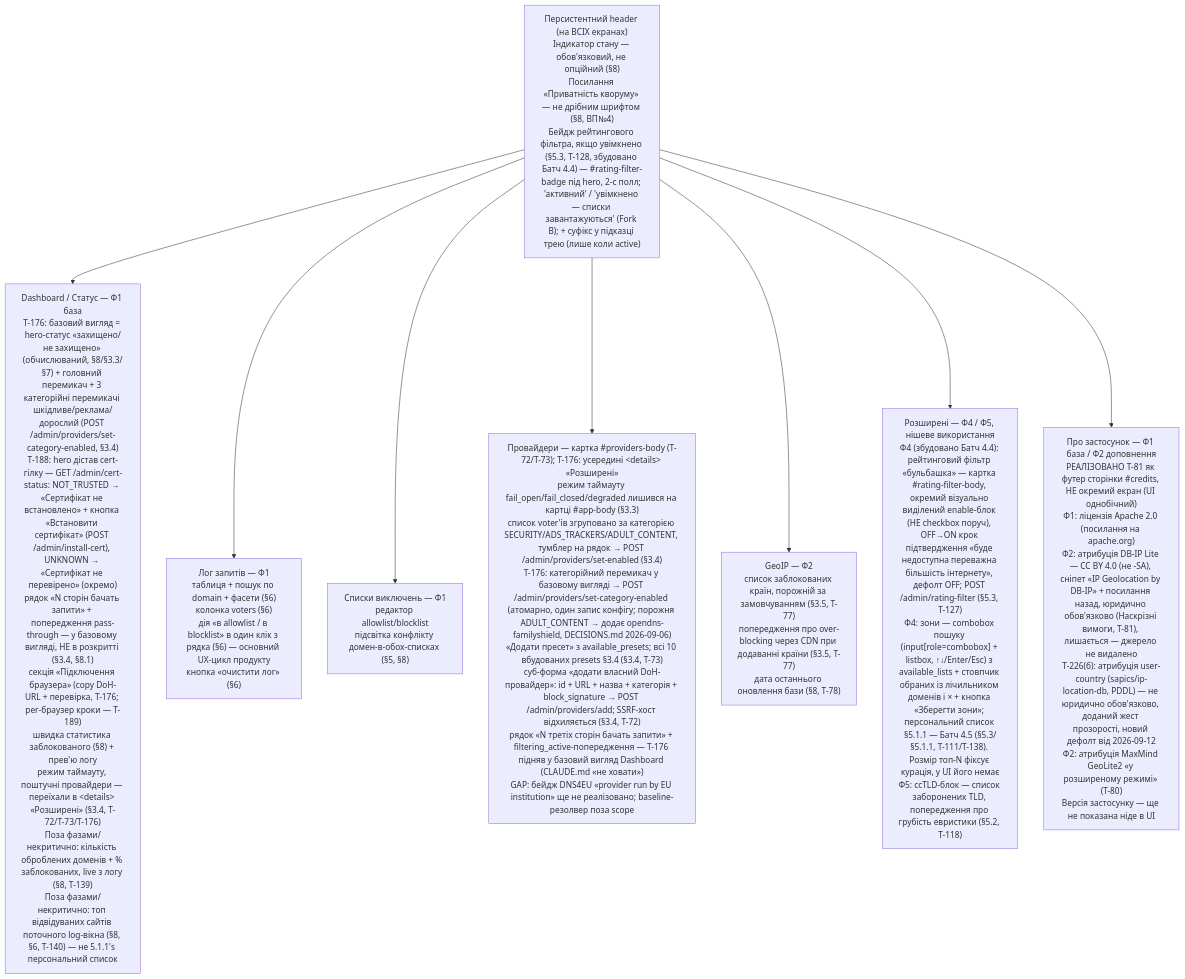
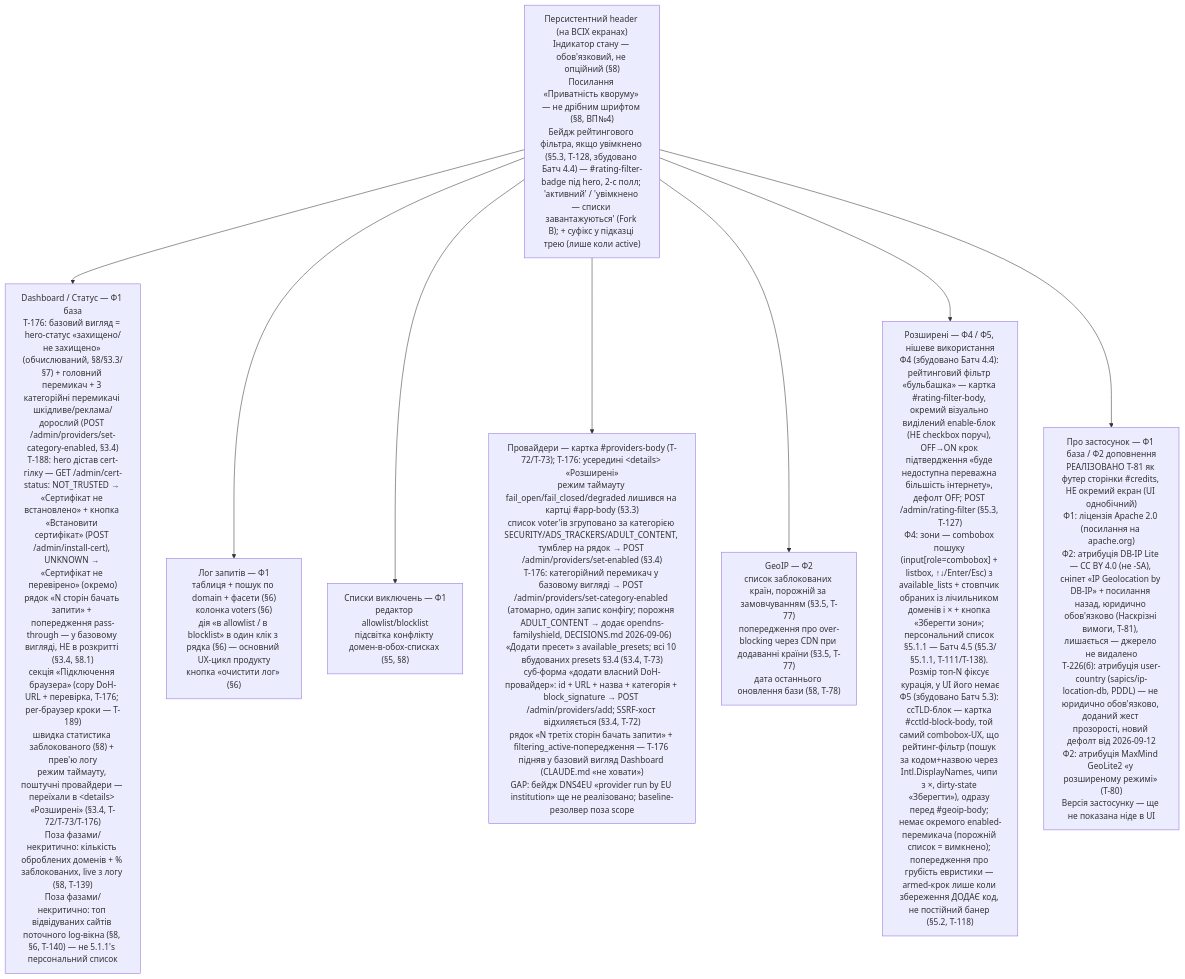
The diagram in diagrams/ui-navigation.md (user137/dns-quorum-filter), drawn with Mermaid before and after one commit. The commit also changed 7 other files, not shown here.

First line of the commit message:
feat(cctld-block): Phase 5 Batch 5.3 -- ccTLD-block UI (T-118) + GeoIP Intl.DisplayNames migration

````diff
--- a/diagrams/ui-navigation.md
+++ b/diagrams/ui-navigation.md
@@ -15,26 +15,26 @@
 ```mermaid
 flowchart TD
     Header["Персистентний header (на ВСІХ екранах)<br/>Індикатор стану — обов'язковий, не опційний (§8)<br/>Посилання «Приватність кворуму» — не дрібним шрифтом (§8, ВП№4)<br/>Бейдж рейтингового фільтра, якщо увімкнено (§5.3, T-128, збудовано Батч 4.4) — #rating-filter-badge під hero, 2-с полл; 'активний' / 'увімкнено — списки завантажуються' (Fork B); + суфікс у підказці трею (лише коли active)"]
 
     Header --> Dashboard
     Header --> Log
     Header --> Lists
     Header --> Providers
     Header --> GeoIP
     Header --> Advanced
     Header --> About
 
     Dashboard["Dashboard / Статус — Ф1 база<br/>T-176: базовий вигляд = hero-статус «захищено/не захищено» (обчислюваний, §8/§3.3/§7) + головний перемикач + 3 категорійні перемикачі шкідливе/реклама/дорослий (POST /admin/providers/set-category-enabled, §3.4)<br/>T-188: hero дістав cert-гілку — GET /admin/cert-status: NOT_TRUSTED → «Сертифікат не встановлено» + кнопка «Встановити сертифікат» (POST /admin/install-cert), UNKNOWN → «Сертифікат не перевірено» (окремо)<br/>рядок «N сторін бачать запити» + попередження pass-through — у базовому вигляді, НЕ в розкритті (§3.4, §8.1)<br/>секція «Підключення браузера» (copy DoH-URL + перевірка, T-176; per-браузер кроки — T-189)<br/>швидка статистика заблокованого (§8) + прев'ю логу<br/>режим таймауту, поштучні провайдери — переїхали в &lt;details&gt; «Розширені» (§3.4, T-72/T-73/T-176)<br/>Поза фазами/некритично: кількість оброблених доменів + % заблокованих, live з логу (§8, T-139)<br/>Поза фазами/некритично: топ відвідуваних сайтів поточного log-вікна (§8, §6, T-140) — не 5.1.1's персональний список"]
 
     Log["Лог запитів — Ф1<br/>таблиця + пошук по domain + фасети (§6)<br/>колонка voters (§6)<br/>дія «в allowlist / в blocklist» в один клік з рядка (§6) — основний UX-цикл продукту<br/>кнопка «очистити лог» (§6)"]
 
     Lists["Списки виключень — Ф1<br/>редактор allowlist/blocklist<br/>підсвітка конфлікту домен-в-обох-списках (§5, §8)"]
 
     Providers["Провайдери — картка #providers-body (T-72/T-73); T-176: усередині &lt;details&gt; «Розширені»<br/>режим таймауту fail_open/fail_closed/degraded лишився на картці #app-body (§3.3)<br/>список voter'ів згруповано за категорією SECURITY/ADS_TRACKERS/ADULT_CONTENT, тумблер на рядок → POST /admin/providers/set-enabled (§3.4)<br/>T-176: категорійний перемикач у базовому вигляді → POST /admin/providers/set-category-enabled (атомарно, один запис конфігу; порожня ADULT_CONTENT → додає opendns-familyshield, DECISIONS.md 2026-09-06)<br/>«Додати пресет» з available_presets; всі 10 вбудованих presets §3.4 (§3.4, T-73)<br/>суб-форма «додати власний DoH-провайдер»: id + URL + назва + категорія + block_signature → POST /admin/providers/add; SSRF-хост відхиляється (§3.4, T-72)<br/>рядок «N третіх сторін бачать запити» + filtering_active-попередження — T-176 підняв у базовий вигляд Dashboard (CLAUDE.md «не ховати»)<br/>GAP: бейдж DNS4EU «provider run by EU institution» ще не реалізовано; baseline-резолвер поза scope"]
 
     GeoIP["GeoIP — Ф2<br/>список заблокованих країн, порожній за замовчуванням (§3.5, T-77)<br/>попередження про over-blocking через CDN при додаванні країни (§3.5, T-77)<br/>дата останнього оновлення бази (§8, T-78)"]
 
-    Advanced["Розширені — Ф4 / Ф5, нішеве використання<br/>Ф4 (збудовано Батч 4.4): рейтинговий фільтр «бульбашка» — картка #rating-filter-body, окремий візуально виділений enable-блок (НЕ checkbox поруч), OFF→ON крок підтвердження «буде недоступна переважна більшість інтернету», дефолт OFF; POST /admin/rating-filter (§5.3, T-127)<br/>Ф4: зони — combobox пошуку (input[role=combobox] + listbox, ↑↓/Enter/Esc) з available_lists + стовпчик обраних із лічильником доменів і × + кнопка «Зберегти зони»; персональний список §5.1.1 — Батч 4.5 (§5.3/§5.1.1, T-111/T-138). Розмір топ-N фіксує курація, у UI його немає<br/>Ф5: ccTLD-блок — список заборонених TLD, попередження про грубість евристики (§5.2, T-118)"]
+    Advanced["Розширені — Ф4 / Ф5, нішеве використання<br/>Ф4 (збудовано Батч 4.4): рейтинговий фільтр «бульбашка» — картка #rating-filter-body, окремий візуально виділений enable-блок (НЕ checkbox поруч), OFF→ON крок підтвердження «буде недоступна переважна більшість інтернету», дефолт OFF; POST /admin/rating-filter (§5.3, T-127)<br/>Ф4: зони — combobox пошуку (input[role=combobox] + listbox, ↑↓/Enter/Esc) з available_lists + стовпчик обраних із лічильником доменів і × + кнопка «Зберегти зони»; персональний список §5.1.1 — Батч 4.5 (§5.3/§5.1.1, T-111/T-138). Розмір топ-N фіксує курація, у UI його немає<br/>Ф5 (збудовано Батч 5.3): ccTLD-блок — картка #cctld-block-body, той самий combobox-UX, що рейтинг-фільтр (пошук за кодом+назвою через Intl.DisplayNames, чипи з ×, dirty-state «Зберегти»), одразу перед #geoip-body; немає окремого enabled-перемикача (порожній список = вимкнено); попередження про грубість евристики — armed-крок лише коли збереження ДОДАЄ код, не постійний банер (§5.2, T-118)"]
 
     About["Про застосунок — Ф1 база / Ф2 доповнення<br/>РЕАЛІЗОВАНО T-81 як футер сторінки #credits, НЕ окремий екран (UI однобічний)<br/>Ф1: ліцензія Apache 2.0 (посилання на apache.org)<br/>Ф2: атрибуція DB-IP Lite — CC BY 4.0 (не -SA), сніпет «IP Geolocation by DB-IP» + посилання назад, юридично обов'язково (Наскрізні вимоги, T-81), лишається — джерело не видалено<br/>T-226(б): атрибуція user-country (sapics/ip-location-db, PDDL) — не юридично обов'язково, доданий жест прозорості, новий дефолт від 2026-09-12<br/>Ф2: атрибуція MaxMind GeoLite2 «у розширеному режимі» (T-80)<br/>Версія застосунку — ще не показана ніде в UI"]
 ```
````
